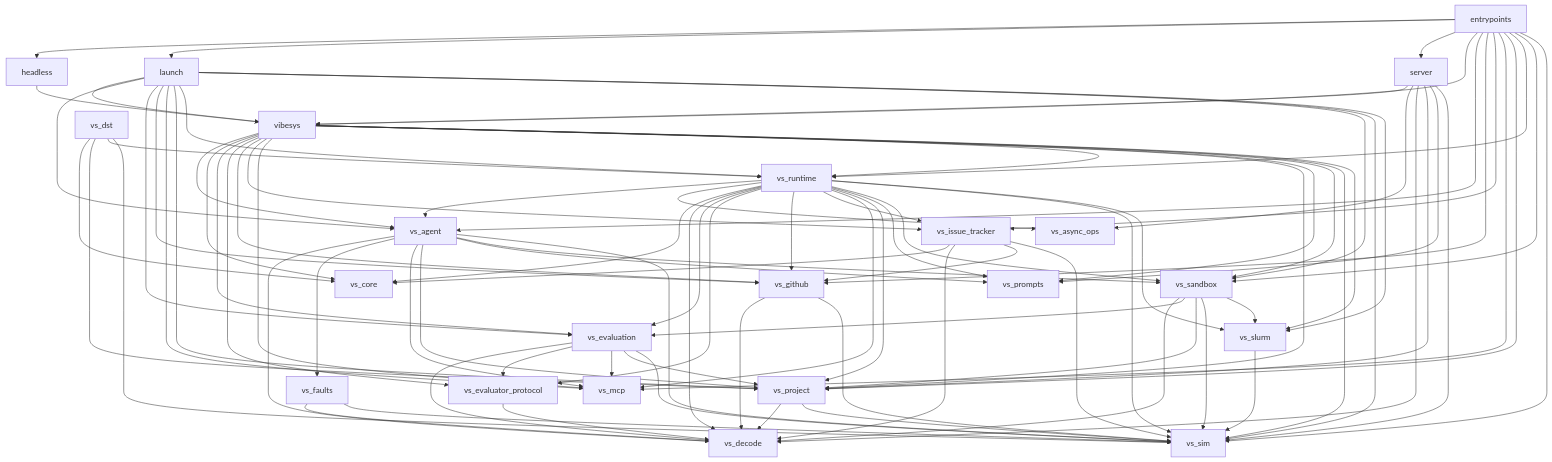
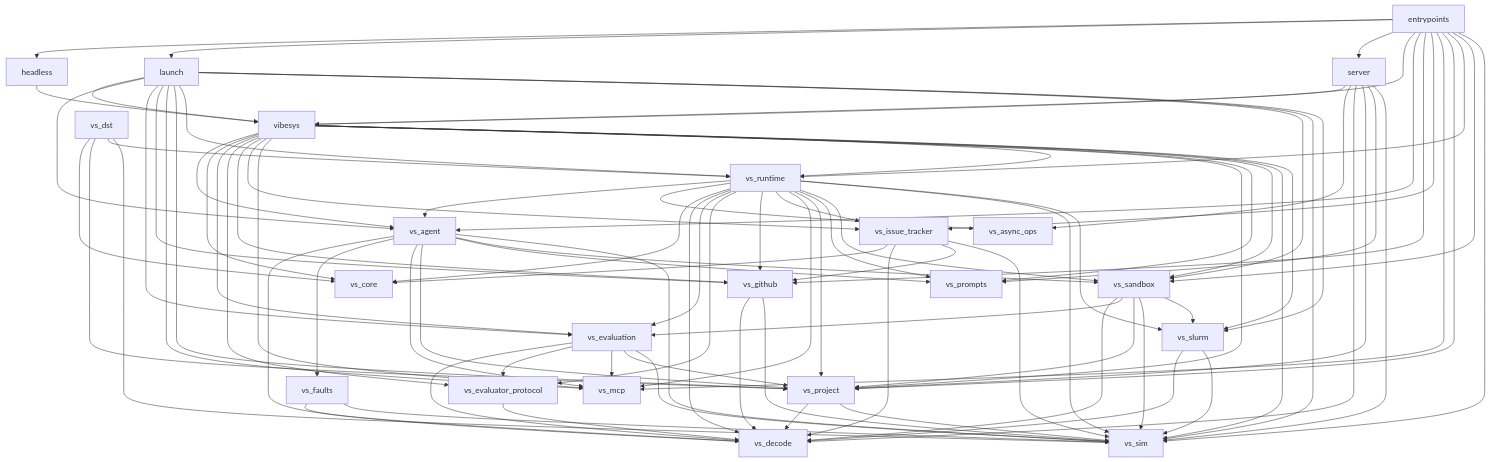
One commit to 6Mikao9/vibesys changed the diagram in docs/contributing/architecture.md. Above: the diagram before and after it, drawn with Mermaid. The commit also changed 6 other files, not shown here.

Commit message:
fix(vs-slurm): decode remote evidence and connector replies through vs_decode (#2574)

````diff
--- a/docs/contributing/architecture.md
+++ b/docs/contributing/architecture.md
@@ -215,5 +215,6 @@
     vs_sandbox --> vs_project
     vs_sandbox --> vs_sim
     vs_sandbox --> vs_slurm
+    vs_slurm --> vs_decode
     vs_slurm --> vs_sim
 ```
````
